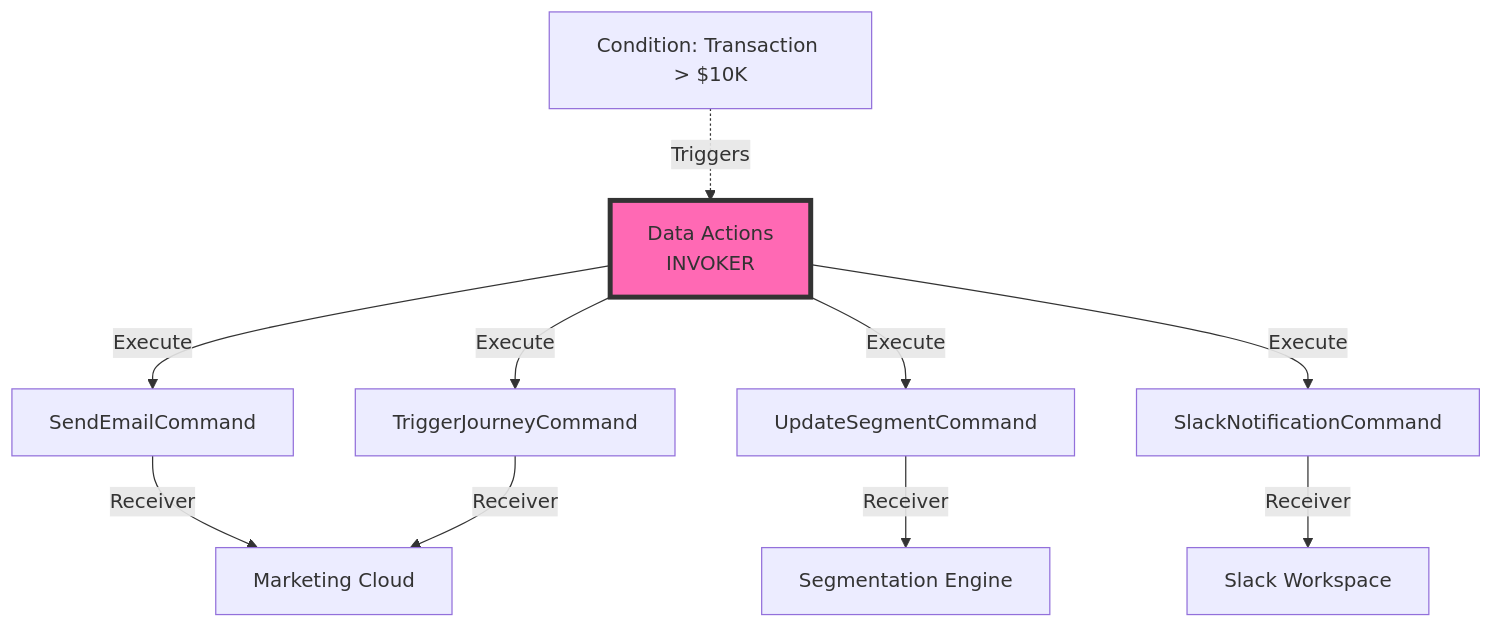
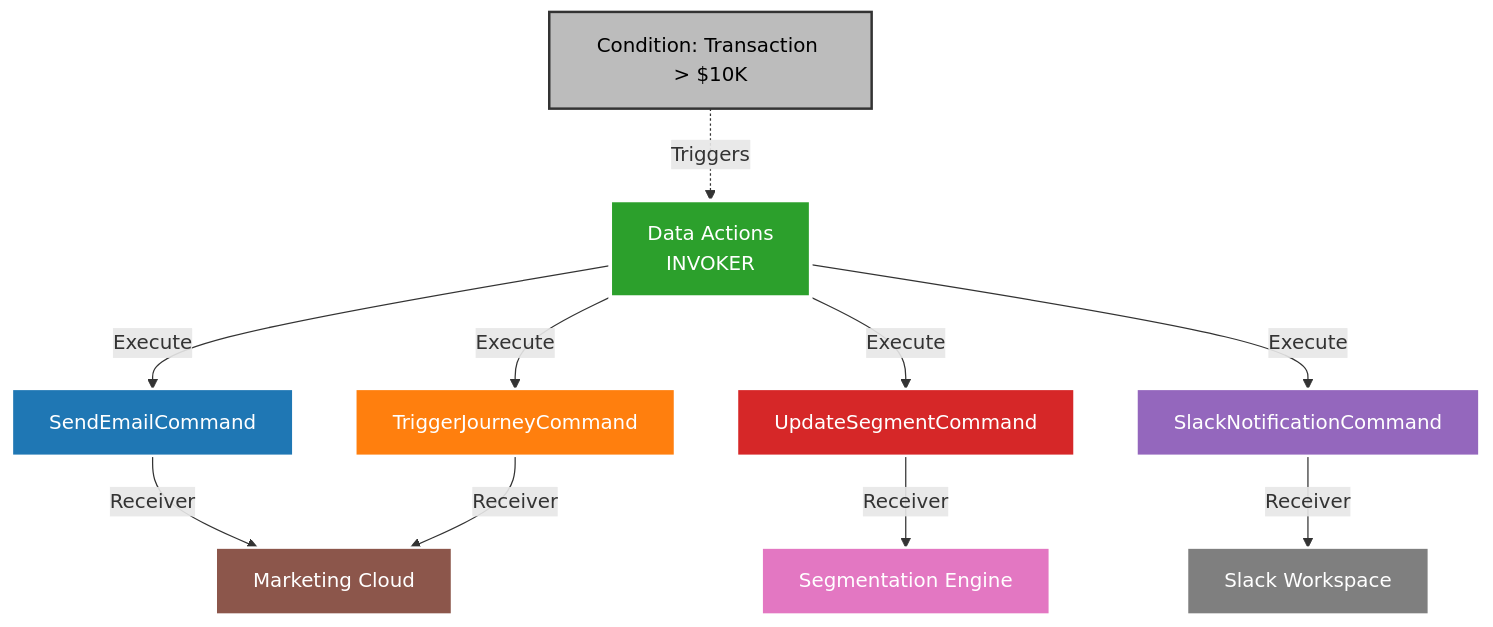
Before and after one commit to arupsarkar-sfdc/Misc: diagram 18 of 20 in README_DataCloud_Patterns_Data_Examples.md, drawn with Mermaid. The commit also changed other lines of this file and 1 other file, not shown here.

````diff
--- a/README_DataCloud_Patterns_Data_Examples.md
+++ b/README_DataCloud_Patterns_Data_Examples.md
@@ -3469,16 +5249,24 @@
 ```mermaid
 graph TB
     Invoker[Data Actions<br/>INVOKER] -->|Execute| CMD1[SendEmailCommand]
     Invoker -->|Execute| CMD2[TriggerJourneyCommand]
     Invoker -->|Execute| CMD3[UpdateSegmentCommand]
     Invoker -->|Execute| CMD4[SlackNotificationCommand]
     
     CMD1 -->|Receiver| MC[Marketing Cloud]
     CMD2 -->|Receiver| MC
     CMD3 -->|Receiver| SEG[Segmentation Engine]
     CMD4 -->|Receiver| SLACK[Slack Workspace]
     
     Trigger[Condition: Transaction > $10K] -.->|Triggers| Invoker
     
-    style Invoker fill:#FF69B4,stroke:#333,stroke-width:4px
+    style Invoker fill:#2ca02c,stroke:#ffffff,stroke-width:3px,color:#ffffff
+    style CMD1 fill:#1f77b4,stroke:#ffffff,stroke-width:2px,color:#ffffff
+    style CMD2 fill:#ff7f0e,stroke:#ffffff,stroke-width:2px,color:#ffffff
+    style CMD3 fill:#d62728,stroke:#ffffff,stroke-width:2px,color:#ffffff
+    style CMD4 fill:#9467bd,stroke:#ffffff,stroke-width:2px,color:#ffffff
+    style MC fill:#8c564b,stroke:#ffffff,stroke-width:2px,color:#ffffff
+    style SEG fill:#e377c2,stroke:#ffffff,stroke-width:2px,color:#ffffff
+    style SLACK fill:#7f7f7f,stroke:#ffffff,stroke-width:2px,color:#ffffff
+    style Trigger fill:#bcbcbc,stroke:#333333,stroke-width:2px,color:#000000
 ```
````
